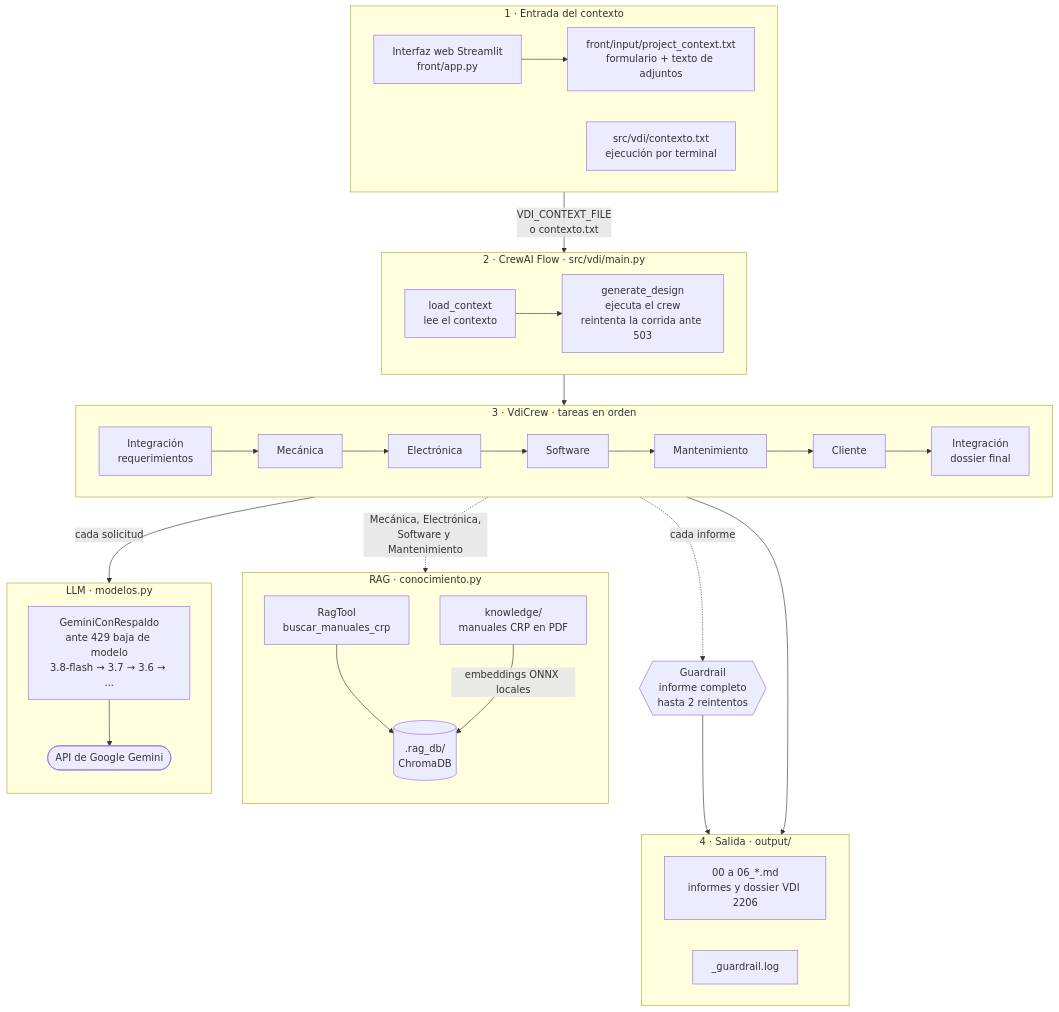
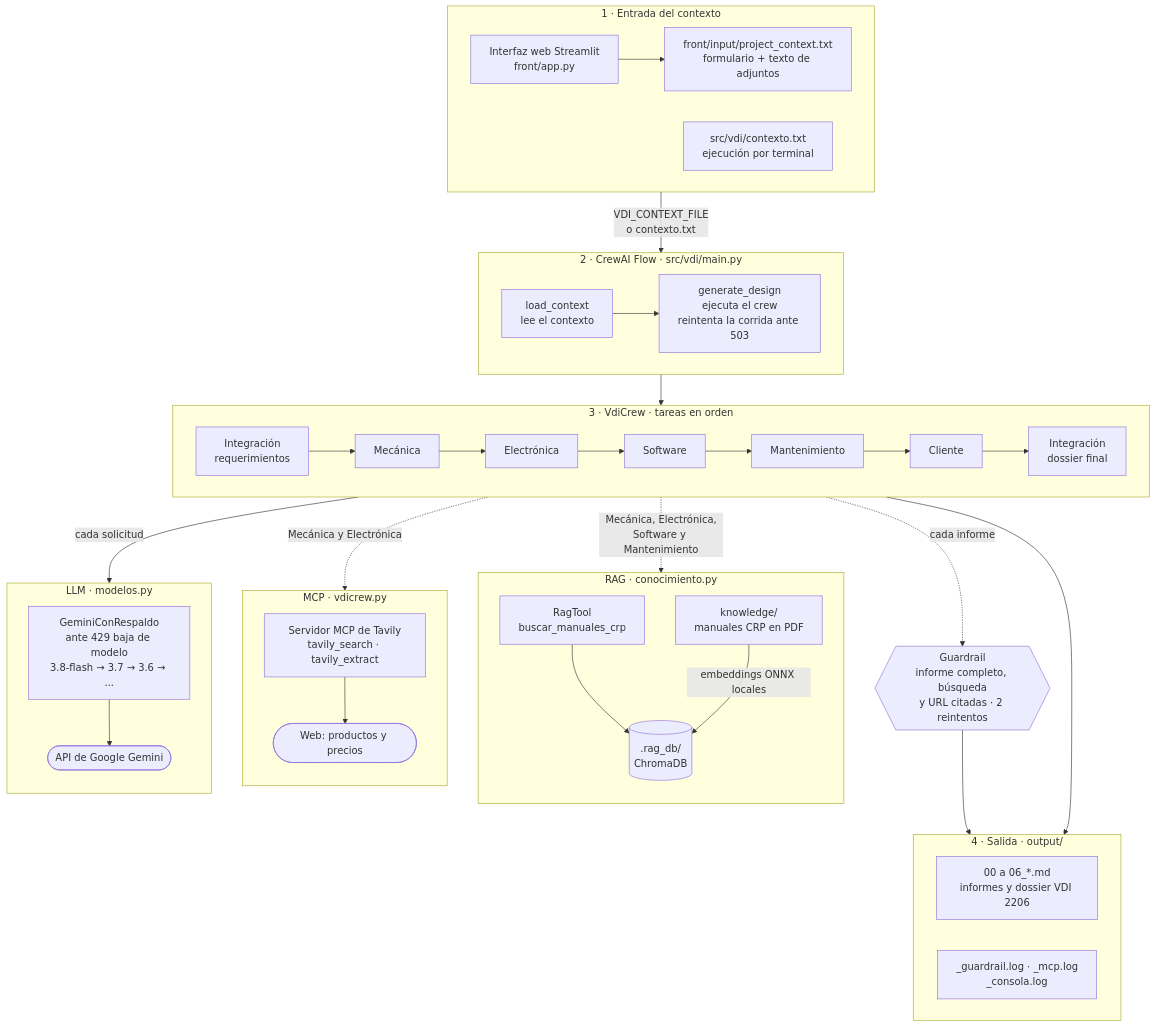
One commit to AAV-99/VDI changed the diagram in README.md. Above: the diagram before and after it, drawn with Mermaid. The commit also changed other lines of this file and 1 other file, not shown here.

````diff
--- a/README.md
+++ b/README.md
@@ -35,45 +81,51 @@
 ```mermaid
 flowchart TB
     subgraph ENTRADA["1 · Entrada del contexto"]
         direction LR
         UI["Interfaz web Streamlit<br/>front/app.py"] --> CTXUI["front/input/project_context.txt<br/>formulario + texto de adjuntos"]
         CTX["src/vdi/contexto.txt<br/>ejecución por terminal"]
     end
 
     subgraph FLOW["2 · CrewAI Flow · src/vdi/main.py"]
         direction LR
         LOAD["load_context<br/>lee el contexto"] --> GEN["generate_design<br/>ejecuta el crew<br/>reintenta la corrida ante 503"]
     end
 
     subgraph CREW["3 · VdiCrew · tareas en orden"]
         direction LR
         T1["Integración<br/>requerimientos"] --> T2["Mecánica"] --> T3["Electrónica"] --> T4["Software"] --> T5["Mantenimiento"] --> T6["Cliente"] --> T7["Integración<br/>dossier final"]
     end
 
     subgraph RAG["RAG · conocimiento.py"]
         direction TB
         TOOL["RagTool<br/>buscar_manuales_crp"] --> DB[(".rag_db/<br/>ChromaDB")]
         DOCS["knowledge/<br/>manuales CRP en PDF"] -- "embeddings ONNX locales" --> DB
     end
 
+    subgraph MCP["MCP · vdicrew.py"]
+        direction TB
+        TAV["Servidor MCP de Tavily<br/>tavily_search · tavily_extract"] --> WEB(["Web: productos y precios"])
+    end
+
     subgraph LLM["LLM · modelos.py"]
         direction TB
         RESP["GeminiConRespaldo<br/>ante 429 baja de modelo<br/>3.8-flash → 3.7 → 3.6 → ..."] --> API(["API de Google Gemini"])
     end
 
-    GUARD{{"Guardrail<br/>informe completo<br/>hasta 2 reintentos"}}
+    GUARD{{"Guardrail<br/>informe completo, búsqueda<br/>y URL citadas · 2 reintentos"}}
 
     subgraph SALIDA["4 · Salida · output/"]
         direction LR
         MD["00 a 06_*.md<br/>informes y dossier VDI 2206"]
-        LOG["_guardrail.log"]
+        LOG["_guardrail.log · _mcp.log<br/>_consola.log"]
     end
 
     ENTRADA -- "VDI_CONTEXT_FILE<br/>o contexto.txt" --> FLOW
     FLOW --> CREW
     CREW -. "Mecánica, Electrónica,<br/>Software y Mantenimiento" .-> RAG
+    CREW -. "Mecánica y Electrónica" .-> MCP
     CREW -- "cada solicitud" --> LLM
     CREW -. "cada informe" .-> GUARD
     CREW --> SALIDA
     GUARD --> LOG
 ```
````
